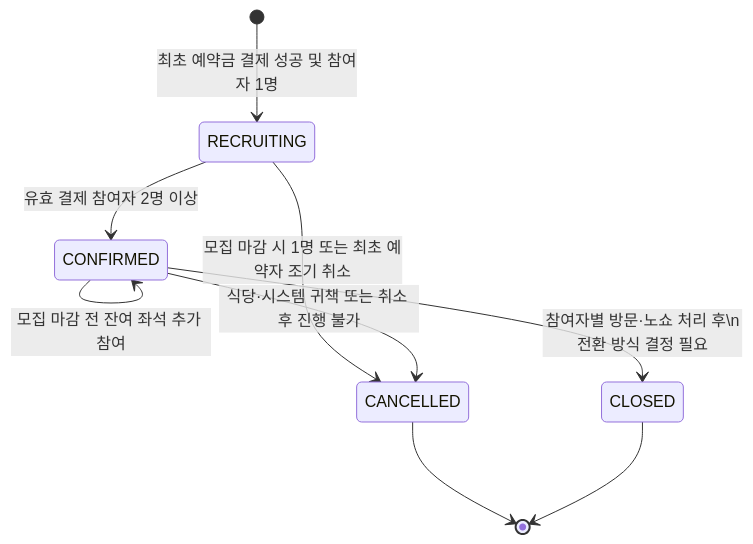
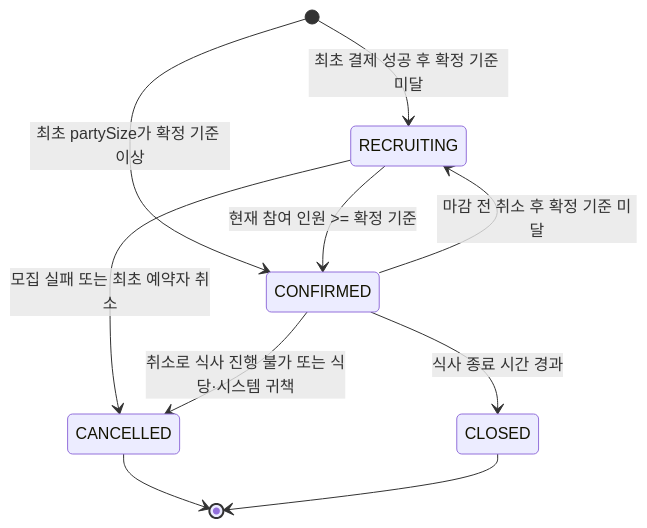
One commit to bobfull-project/bobfull-backend changed the fifth of 7 diagrams in docs/bobfull_full_flowchart_mermaid.md. Above: the diagram before and after it, drawn with Mermaid. The commit also changed other lines of this file, not shown here.

Commit message:
docs: 최신 예약 정책으로 전체 플로우차트 갱신

````diff
--- a/docs/bobfull_full_flowchart_mermaid.md
+++ b/docs/bobfull_full_flowchart_mermaid.md
@@ -262,15 +170,12 @@
 ```mermaid
 stateDiagram-v2
-    [*] --> RECRUITING: 최초 예약금 결제 성공 및 참여자 1명
-
-    RECRUITING --> CONFIRMED: 유효 결제 참여자 2명 이상
-    CONFIRMED --> CONFIRMED: 모집 마감 전 잔여 좌석 추가 참여
-
-    RECRUITING --> CANCELLED: 모집 마감 시 1명 또는 최초 예약자 조기 취소
-    CONFIRMED --> CANCELLED: 식당·시스템 귀책 또는 취소 후 진행 불가
-
-    CONFIRMED --> CLOSED: 참여자별 방문·노쇼 처리 후\n전환 방식 결정 필요
-
+    [*] --> RECRUITING: 최초 결제 성공 후 확정 기준 미달
+    [*] --> CONFIRMED: 최초 partySize가 확정 기준 이상
+    RECRUITING --> CONFIRMED: 현재 참여 인원 >= 확정 기준
+    CONFIRMED --> RECRUITING: 마감 전 취소 후 확정 기준 미달
+    RECRUITING --> CANCELLED: 모집 실패 또는 최초 예약자 취소
+    CONFIRMED --> CANCELLED: 취소로 식사 진행 불가 또는 식당·시스템 귀책
+    CONFIRMED --> CLOSED: 식사 종료 시간 경과
     CANCELLED --> [*]
     CLOSED --> [*]
 ```
````
